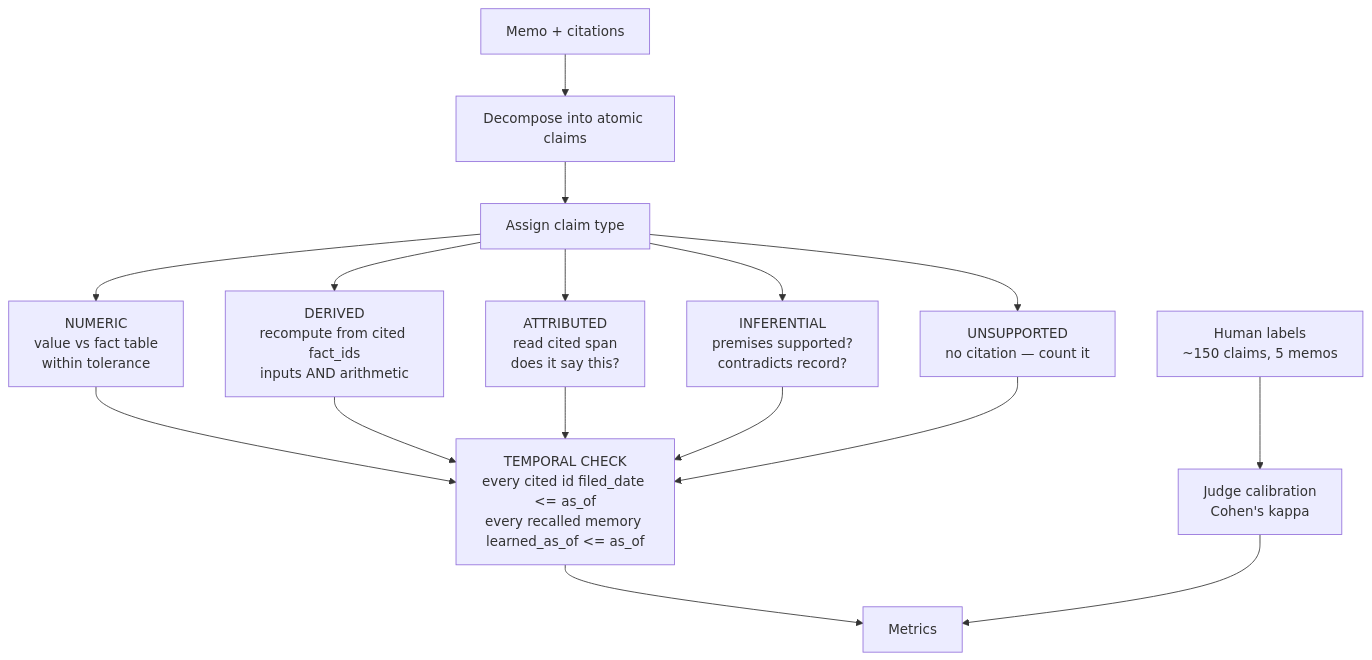
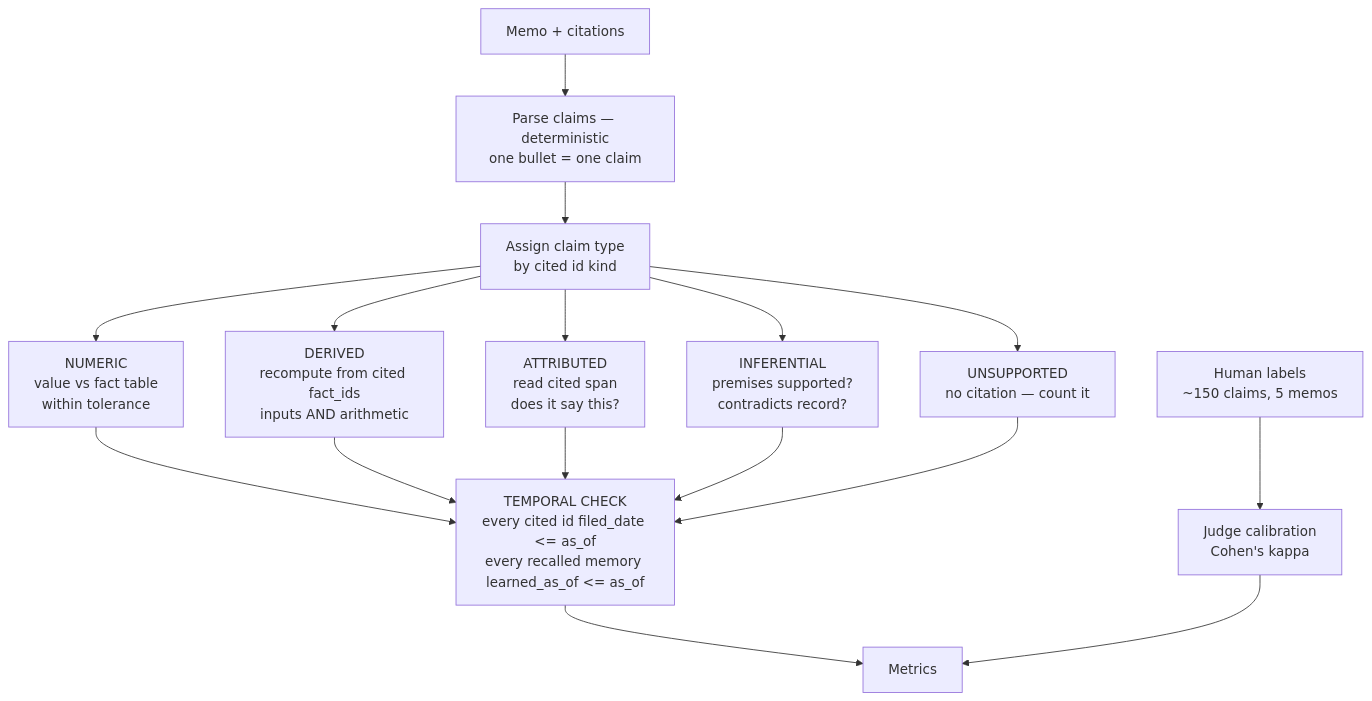
One commit to robertmccourt/edgar-diligence changed the fifth of 6 diagrams in docs/superpowers/specs/2026-08-18-cited-diligence-agent-design.md. Above: the diagram before and after it, drawn with Mermaid. The commit also changed other lines of this file and 10 other files, not shown here.

````diff
--- a/docs/superpowers/specs/2026-08-18-cited-diligence-agent-design.md
+++ b/docs/superpowers/specs/2026-08-18-cited-diligence-agent-design.md
@@ -603,20 +603,20 @@
 ```mermaid
 flowchart TB
     MEMO["Memo + citations"]
-    DEC["Decompose into atomic claims"]
-    TYPE["Assign claim type"]
+    DEC["Parse claims — deterministic<br/>one bullet = one claim"]
+    TYPE["Assign claim type<br/>by cited id kind"]
     N["NUMERIC<br/>value vs fact table<br/>within tolerance"]
     D["DERIVED<br/>recompute from cited fact_ids<br/>inputs AND arithmetic"]
     A["ATTRIBUTED<br/>read cited span<br/>does it say this?"]
     I["INFERENTIAL<br/>premises supported?<br/>contradicts record?"]
     U["UNSUPPORTED<br/>no citation — count it"]
     TL["TEMPORAL CHECK<br/>every cited id filed_date <= as_of<br/>every recalled memory learned_as_of <= as_of"]
     HUM["Human labels<br/>~150 claims, 5 memos"]
     KAPPA["Judge calibration<br/>Cohen's kappa"]
     MET["Metrics"]
 
     MEMO --> DEC --> TYPE
     TYPE --> N & D & A & I & U
     N & D & A & I & U --> TL --> MET
     HUM --> KAPPA --> MET
 ```
````
